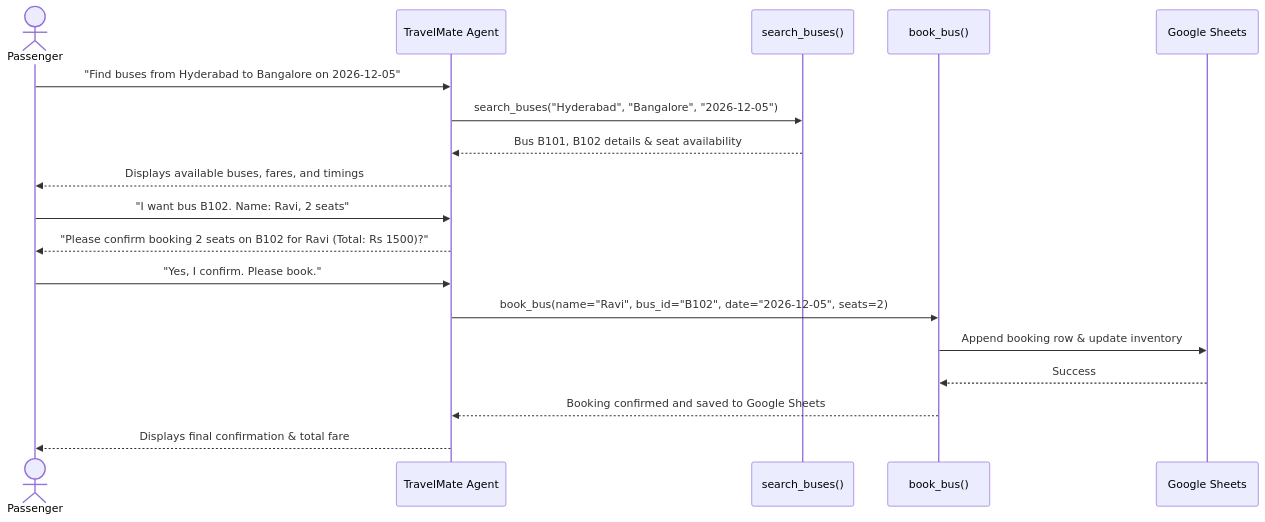
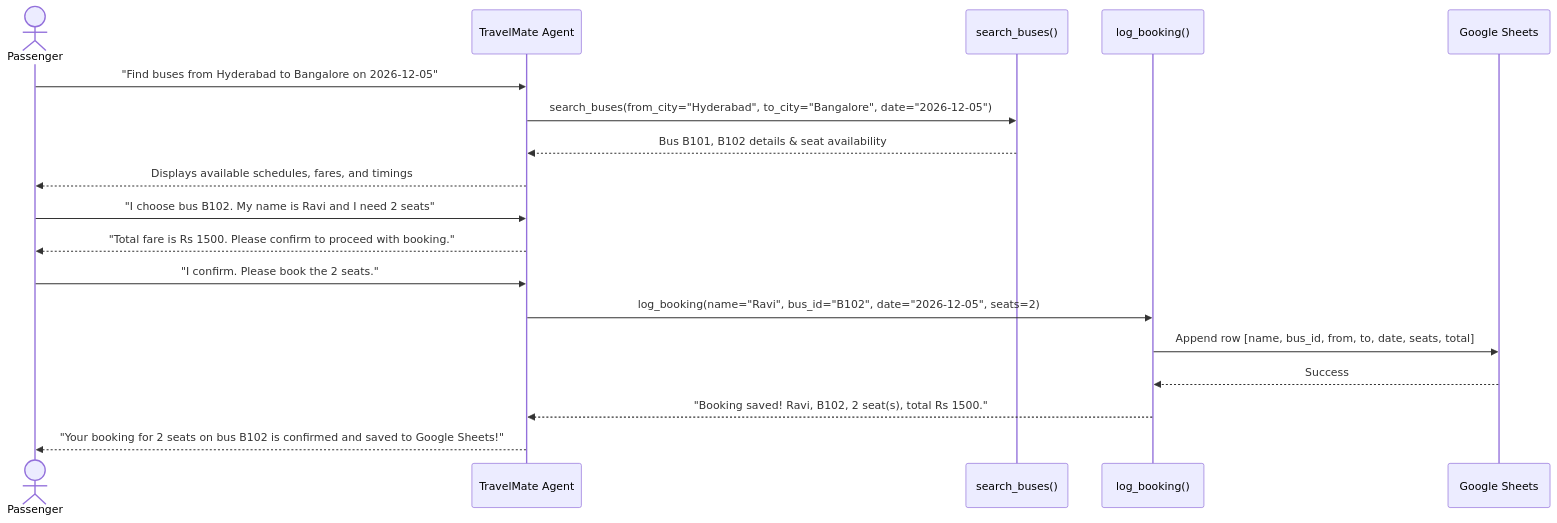
The diagram in Day-4/README.md (Hasini2706/24B11AI223_DriveReady_OPC_2026), drawn with Mermaid before and after one commit. The commit also changed other lines of this file and 1 other file, not shown here.

Commit message:
Update Day-4 README and task.py with structured output and tool analytics

````diff
--- a/Day-4/README.md
+++ b/Day-4/README.md
@@ -47,23 +72,23 @@
 ```mermaid
 sequenceDiagram
     actor User as Passenger
     participant Agent as TravelMate Agent
     participant Tool1 as search_buses()
-    participant Tool2 as book_bus()
+    participant Tool2 as log_booking()
     participant Sheet as Google Sheets
 
     User->>Agent: "Find buses from Hyderabad to Bangalore on 2026-12-05"
-    Agent->>Tool1: search_buses("Hyderabad", "Bangalore", "2026-12-05")
+    Agent->>Tool1: search_buses(from_city="Hyderabad", to_city="Bangalore", date="2026-12-05")
     Tool1-->>Agent: Bus B101, B102 details & seat availability
-    Agent-->>User: Displays available buses, fares, and timings
+    Agent-->>User: Displays available schedules, fares, and timings
 
-    User->>Agent: "I want bus B102. Name: Ravi, 2 seats"
-    Agent-->>User: "Please confirm booking 2 seats on B102 for Ravi (Total: Rs 1500)?"
+    User->>Agent: "I choose bus B102. My name is Ravi and I need 2 seats"
+    Agent-->>User: "Total fare is Rs 1500. Please confirm to proceed with booking."
 
-    User->>Agent: "Yes, I confirm. Please book."
-    Agent->>Tool2: book_bus(name="Ravi", bus_id="B102", date="2026-12-05", seats=2)
-    Tool2->>Sheet: Append booking row & update inventory
+    User->>Agent: "I confirm. Please book the 2 seats."
+    Agent->>Tool2: log_booking(name="Ravi", bus_id="B102", date="2026-12-05", seats=2)
+    Tool2->>Sheet: Append row [name, bus_id, from, to, date, seats, total]
     Sheet-->>Tool2: Success
-    Tool2-->>Agent: Booking confirmed and saved to Google Sheets
-    Agent-->>User: Displays final confirmation & total fare
+    Tool2-->>Agent: "Booking saved! Ravi, B102, 2 seat(s), total Rs 1500."
+    Agent-->>User: "Your booking for 2 seats on bus B102 is confirmed and saved to Google Sheets!"
 ```
````
